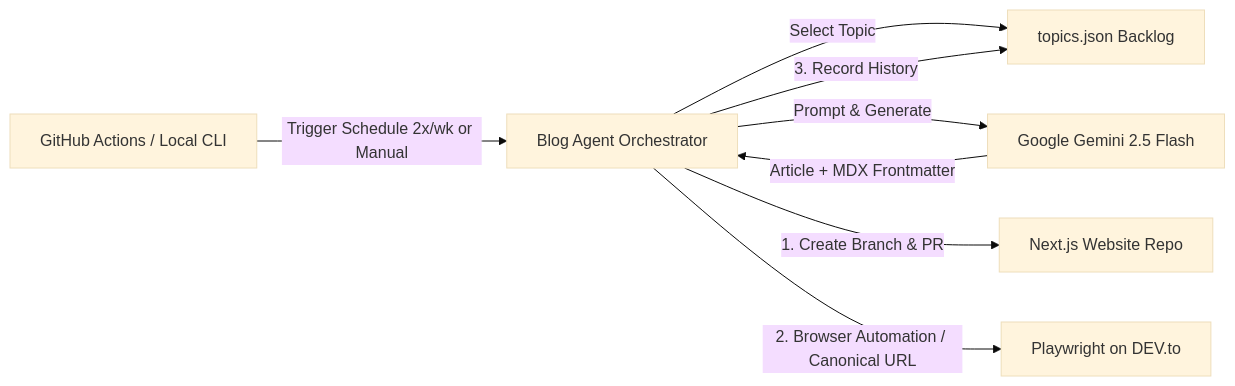
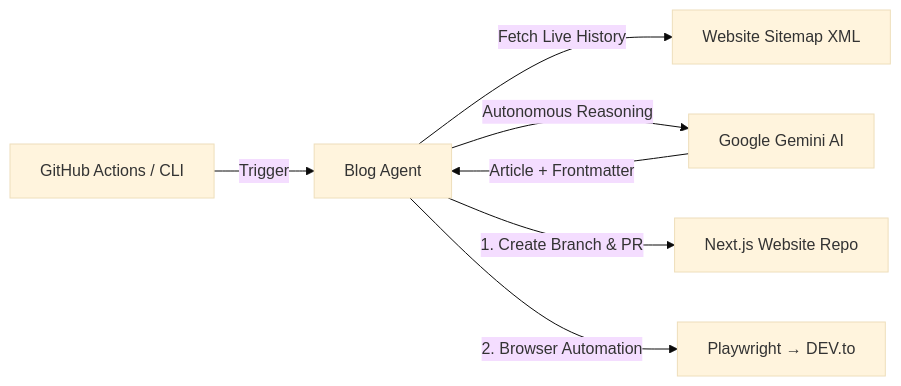
The diagram in README.md (mohitjoer/blog_agent), drawn with Mermaid (base theme) before and after one commit. The commit also changed other lines of this file and 10 other files, not shown here.

````diff
--- a/README.md
+++ b/README.md
@@ -22,10 +23,9 @@
 ```mermaid
 flowchart LR
-    A[GitHub Actions / Local CLI] -->|Trigger Schedule 2x/wk or Manual| B[Blog Agent Orchestrator]
-    B -->|Select Topic| C[topics.json Backlog]
-    B -->|Prompt & Generate| D[Google Gemini 2.5 Flash]
-    D -->|Article + MDX Frontmatter| B
+    A[GitHub Actions / CLI] -->|Trigger| B[Blog Agent]
+    B -->|Fetch Live History| C[Website Sitemap XML]
+    B -->|Autonomous Reasoning| D[Google Gemini AI]
+    D -->|Article + Frontmatter| B
     B -->|1. Create Branch & PR| E[Next.js Website Repo]
-    B -->|2. Browser Automation / Canonical URL| F[Playwright on DEV.to]
-    B -->|3. Record History| C
+    B -->|2. Browser Automation| F[Playwright → DEV.to]
 ```
````
